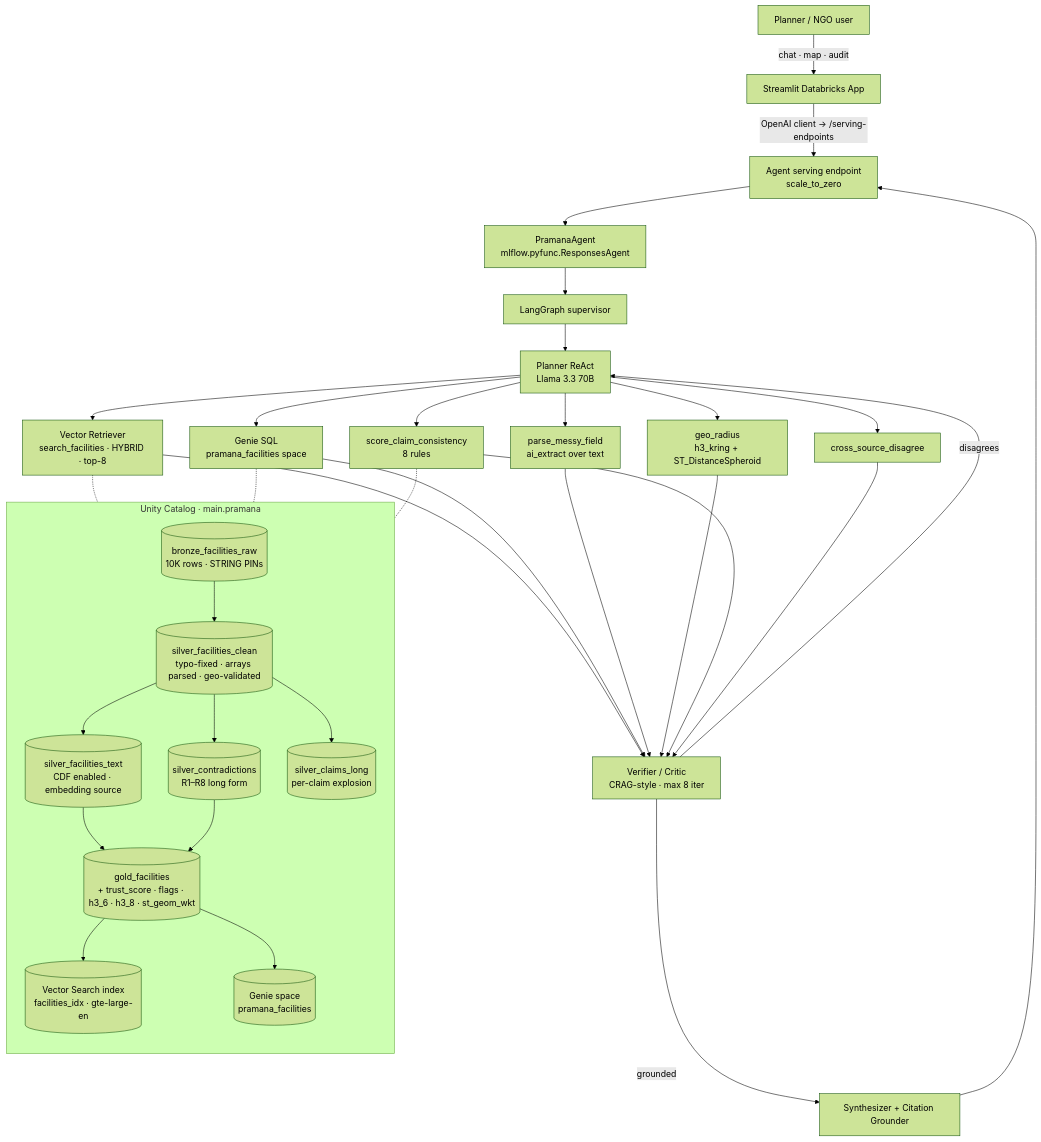
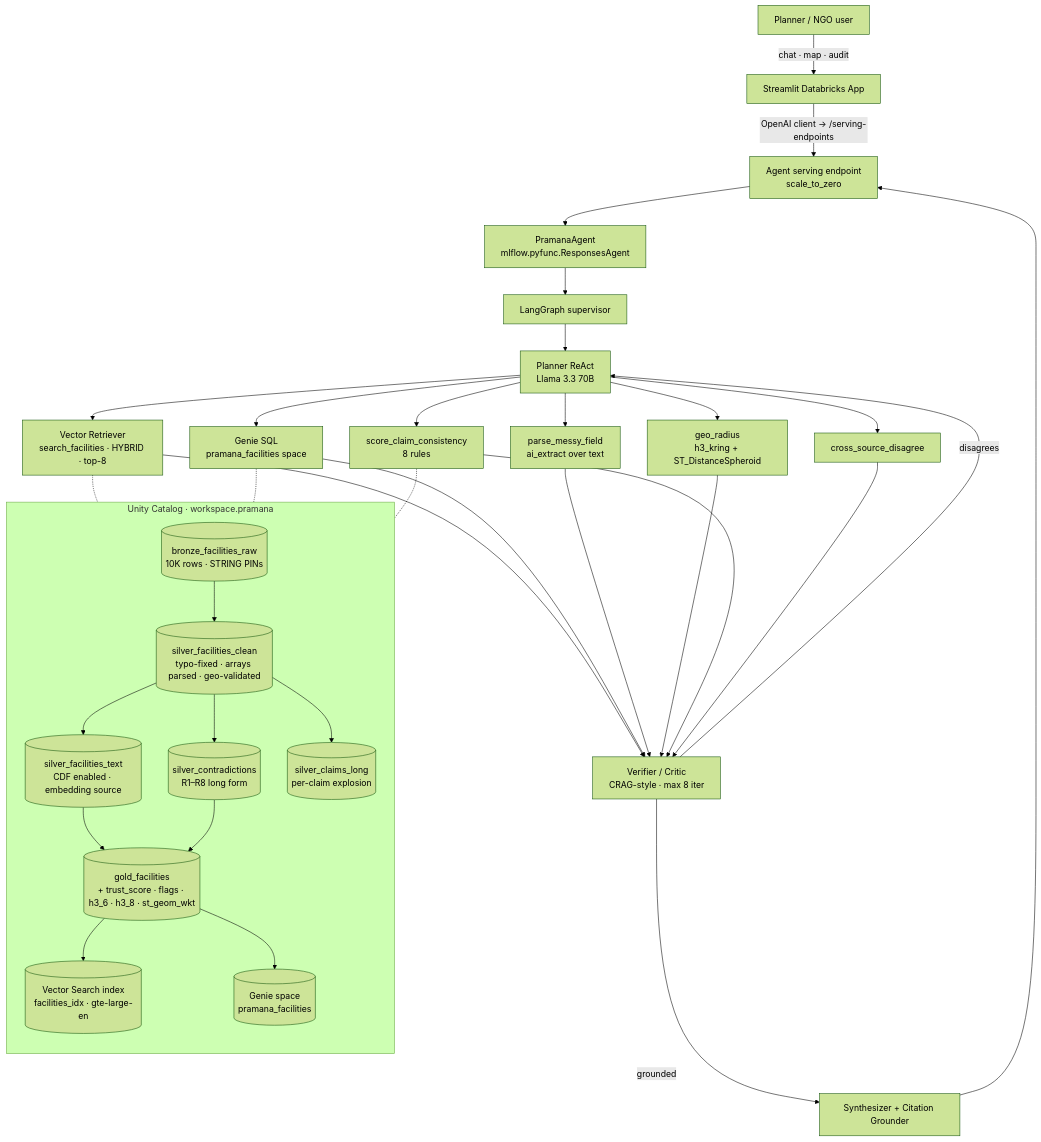
One commit to amaan784/pramana-care-ai changed the diagram in README.md. Above: the diagram before and after it, drawn with Mermaid (forest theme). The commit also changed other lines of this file and 12 other files, not shown here.

````diff
--- a/README.md
+++ b/README.md
@@ -56,35 +56,35 @@
 ```mermaid
 flowchart TD
   U[Planner / NGO user] -->|chat · map · audit| APP[Streamlit Databricks App]
   APP -->|OpenAI client → /serving-endpoints| EP[Agent serving endpoint<br/>scale_to_zero]
   EP --> AG[PramanaAgent<br/>mlflow.pyfunc.ResponsesAgent]
   AG --> G[LangGraph supervisor]
 
   G --> P[Planner ReAct<br/>Llama 3.3 70B]
   P --> R[Vector Retriever<br/>search_facilities · HYBRID · top-8]
   P --> GS[Genie SQL<br/>pramana_facilities space]
   P --> PF[parse_messy_field<br/>ai_extract over text]
   P --> GR[geo_radius<br/>h3_kring + ST_DistanceSpheroid]
   P --> CS[score_claim_consistency<br/>8 rules]
   P --> XS[cross_source_disagree]
 
   R & GS & PF & GR & CS & XS --> V[Verifier / Critic<br/>CRAG-style · max 8 iter]
   V -->|disagrees| P
   V -->|grounded| S[Synthesizer + Citation Grounder]
   S --> EP
 
-  subgraph Lakehouse[Unity Catalog · main.pramana]
+  subgraph Lakehouse[Unity Catalog · workspace.pramana]
     direction TB
     B[(bronze_facilities_raw<br/>10K rows · STRING PINs)] --> SC[(silver_facilities_clean<br/>typo-fixed · arrays parsed · geo-validated)]
     SC --> ST[(silver_facilities_text<br/>CDF enabled · embedding source)]
     SC --> CT[(silver_contradictions<br/>R1–R8 long form)]
     SC --> CL[(silver_claims_long<br/>per-claim explosion)]
     ST & CT --> GD[(gold_facilities<br/>+ trust_score · flags · h3_6 · h3_8 · st_geom_wkt)]
     GD --> VS[(Vector Search index<br/>facilities_idx · gte-large-en)]
     GD --> GE[(Genie space<br/>pramana_facilities)]
   end
 
   R -.- VS
   GS -.- GE
   CS -.- CT
 ```
````
